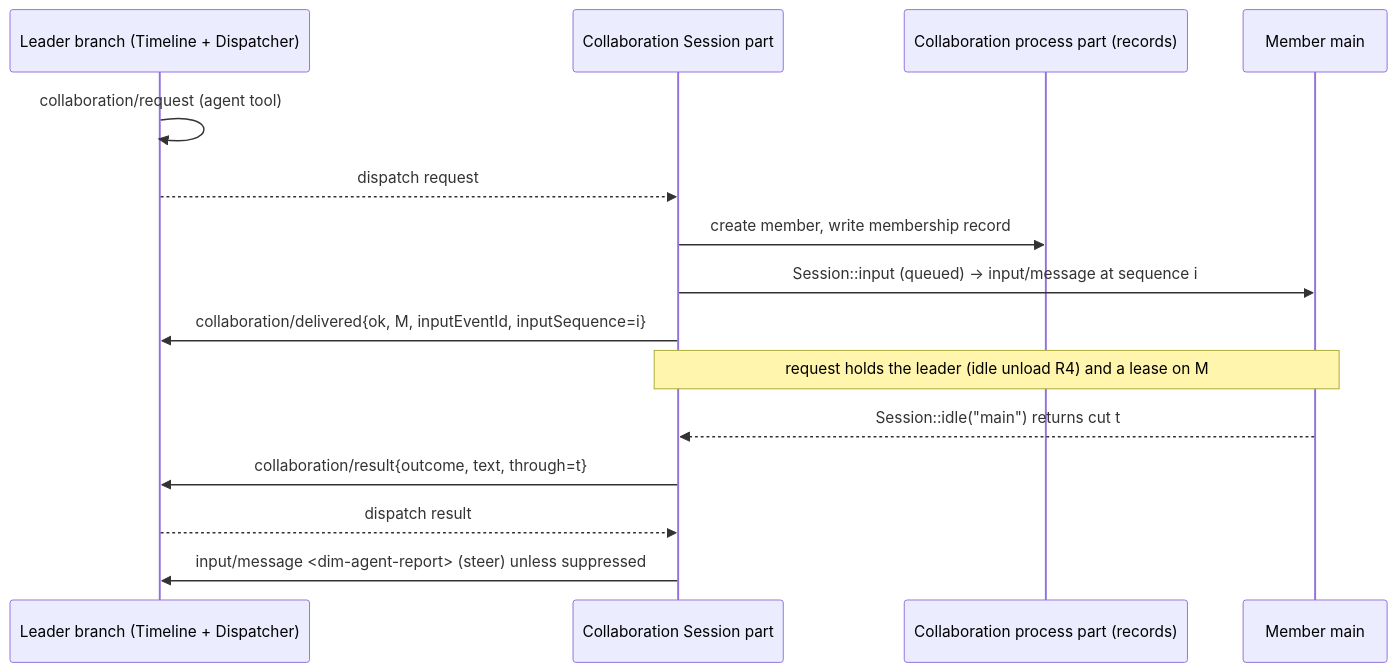
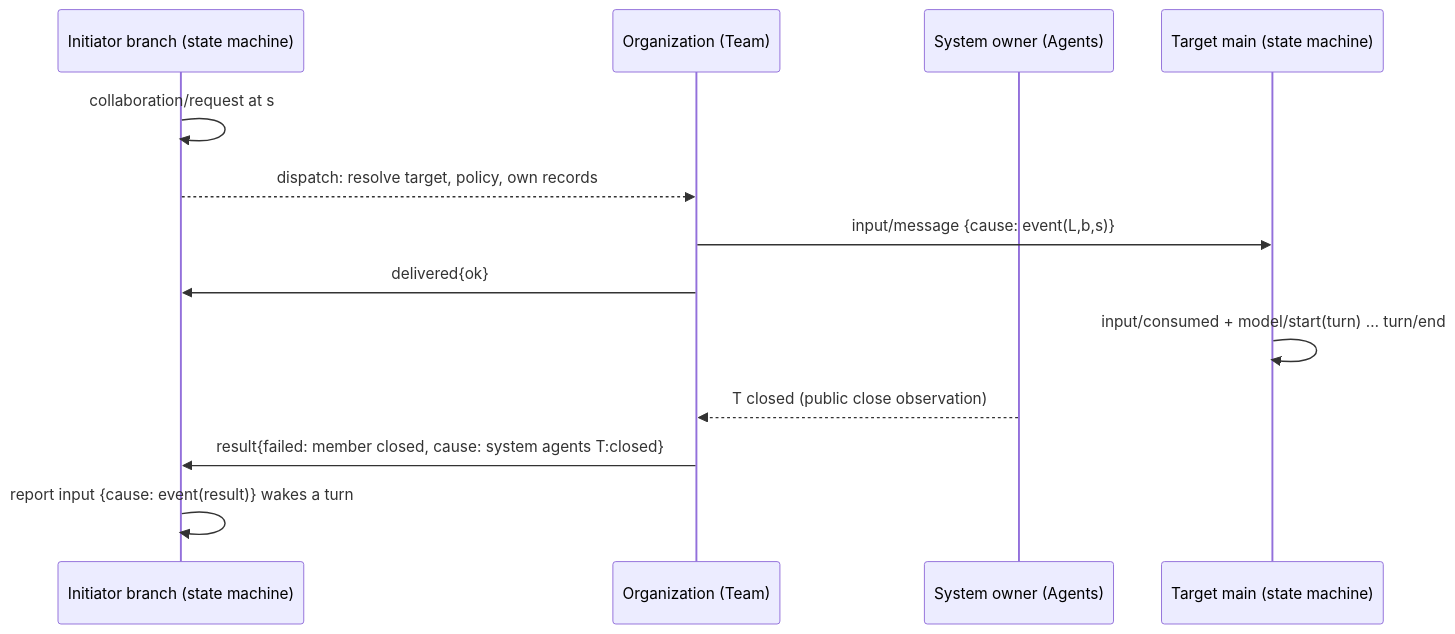
Before and after one commit to CoutinhoTTS/dim-agent: the diagram in docs/design/collaboration-timeline.md, drawn with Mermaid. The commit also changed other lines of this file and 1 other file, not shown here.

Commit message:
docs(collaboration): decouple the causal timeline from the organization

````diff
--- a/docs/design/collaboration-timeline.md
+++ b/docs/design/collaboration-timeline.md
@@ -255,17 +247,15 @@
 ```mermaid
 sequenceDiagram
-  participant LB as Leader branch (Timeline + Dispatcher)
-  participant CS as Collaboration Session part
-  participant CP as Collaboration process part (records)
-  participant M as Member main
-  LB->>LB: collaboration/request (agent tool)
-  LB-->>CS: dispatch request
-  CS->>CP: create member, write membership record
-  CS->>M: Session::input (queued) -> input/message at sequence i
-  CS->>LB: collaboration/delivered{ok, M, inputEventId, inputSequence=i}
-  Note over CS,M: request holds the leader (idle unload R4) and a lease on M
-  M-->>CS: Session::idle("main") returns cut t
-  CS->>LB: collaboration/result{outcome, text, through=t}
-  LB-->>CS: dispatch result
-  CS->>LB: input/message <dim-agent-report> (steer) unless suppressed
+  participant LB as Initiator branch (state machine)
+  participant O as Organization (Team)
+  participant SYS as System owner (Agents)
+  participant T as Target main (state machine)
+  LB->>LB: collaboration/request at s
+  LB-->>O: dispatch: resolve target, policy, own records
+  O->>T: input/message {cause: event(L,b,s)}
+  O->>LB: delivered{ok}
+  T->>T: input/consumed + model/start(turn) … turn/end
+  SYS-->>O: T closed (public close observation)
+  O->>LB: result{failed: member closed, cause: system agents T:closed}
+  LB->>LB: report input {cause: event(result)} wakes a turn
 ```
````
